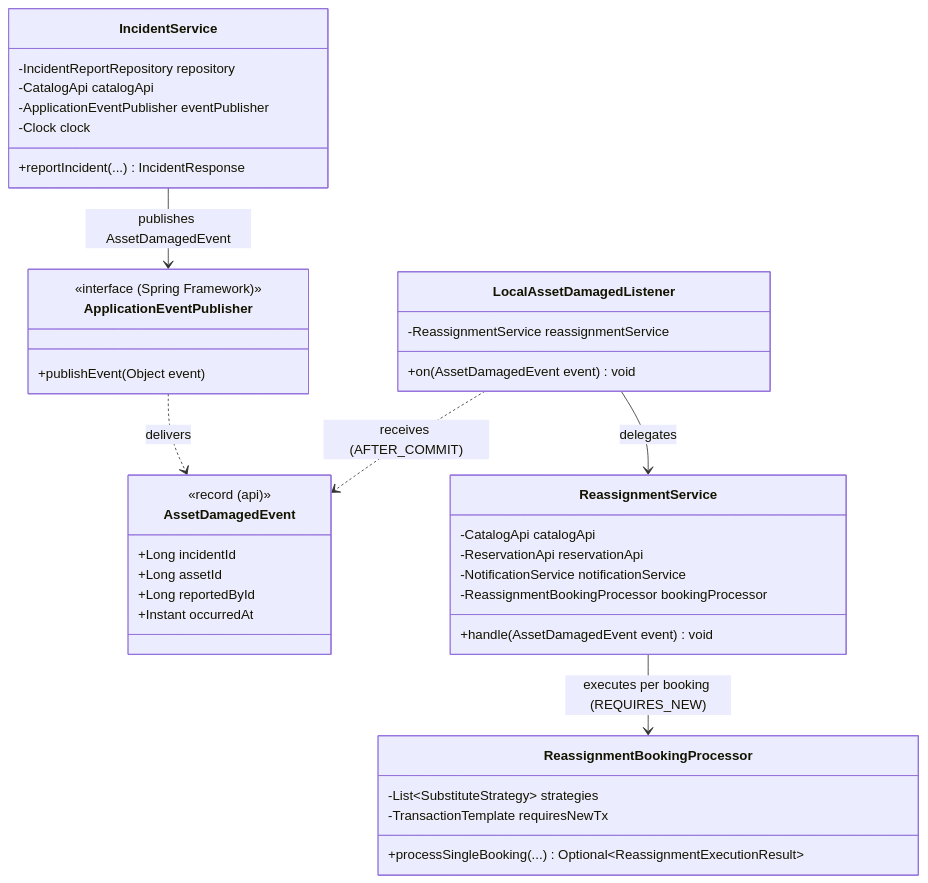
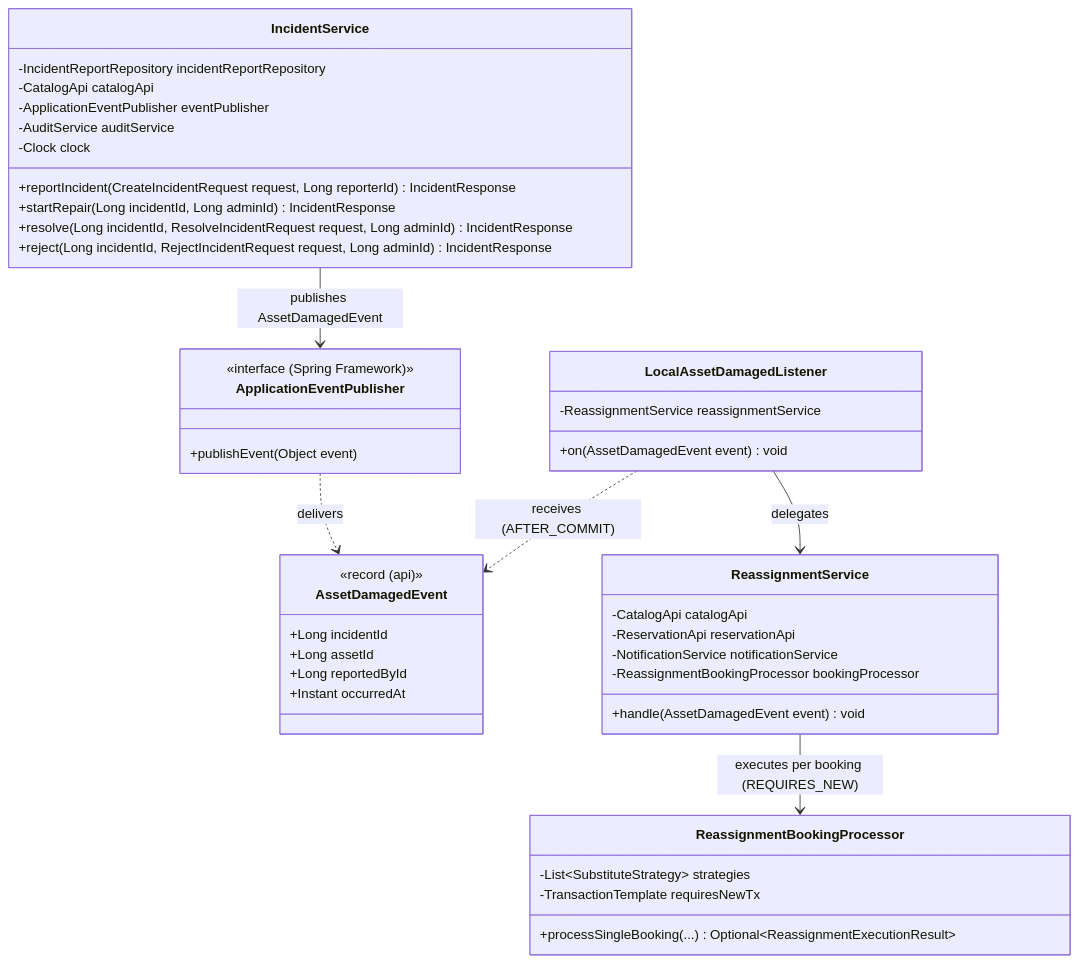
Before and after one commit to FundamenteleInginerieiSoftware/campus-hub: the first of 3 diagrams in docs/patterns/observer-pattern.md, drawn with Mermaid. The commit also changed other lines of this file, not shown here.

````diff
--- a/docs/patterns/observer-pattern.md
+++ b/docs/patterns/observer-pattern.md
@@ -52,48 +52,52 @@
 ```mermaid
 classDiagram
     class ApplicationEventPublisher {
         <<interface (Spring Framework)>>
         +publishEvent(Object event)
     }
 
     class AssetDamagedEvent {
         <<record (api)>>
         +Long incidentId
         +Long assetId
         +Long reportedById
         +Instant occurredAt
     }
 
     class IncidentService {
-        -IncidentReportRepository repository
+        -IncidentReportRepository incidentReportRepository
         -CatalogApi catalogApi
         -ApplicationEventPublisher eventPublisher
+        -AuditService auditService
         -Clock clock
-        +reportIncident(...) IncidentResponse
+        +reportIncident(CreateIncidentRequest request, Long reporterId) IncidentResponse
+        +startRepair(Long incidentId, Long adminId) IncidentResponse
+        +resolve(Long incidentId, ResolveIncidentRequest request, Long adminId) IncidentResponse
+        +reject(Long incidentId, RejectIncidentRequest request, Long adminId) IncidentResponse
     }
 
     class LocalAssetDamagedListener {
         -ReassignmentService reassignmentService
         +on(AssetDamagedEvent event) void
     }
 
     class ReassignmentService {
         -CatalogApi catalogApi
         -ReservationApi reservationApi
         -NotificationService notificationService
         -ReassignmentBookingProcessor bookingProcessor
         +handle(AssetDamagedEvent event) void
     }
 
     class ReassignmentBookingProcessor {
         -List~SubstituteStrategy~ strategies
         -TransactionTemplate requiresNewTx
         +processSingleBooking(...) Optional~ReassignmentExecutionResult~
     }
 
     IncidentService --> ApplicationEventPublisher : publishes AssetDamagedEvent
     ApplicationEventPublisher ..> AssetDamagedEvent : delivers
     LocalAssetDamagedListener ..> AssetDamagedEvent : receives (AFTER_COMMIT)
     LocalAssetDamagedListener --> ReassignmentService : delegates
     ReassignmentService --> ReassignmentBookingProcessor : executes per booking (REQUIRES_NEW)
 ```
````
